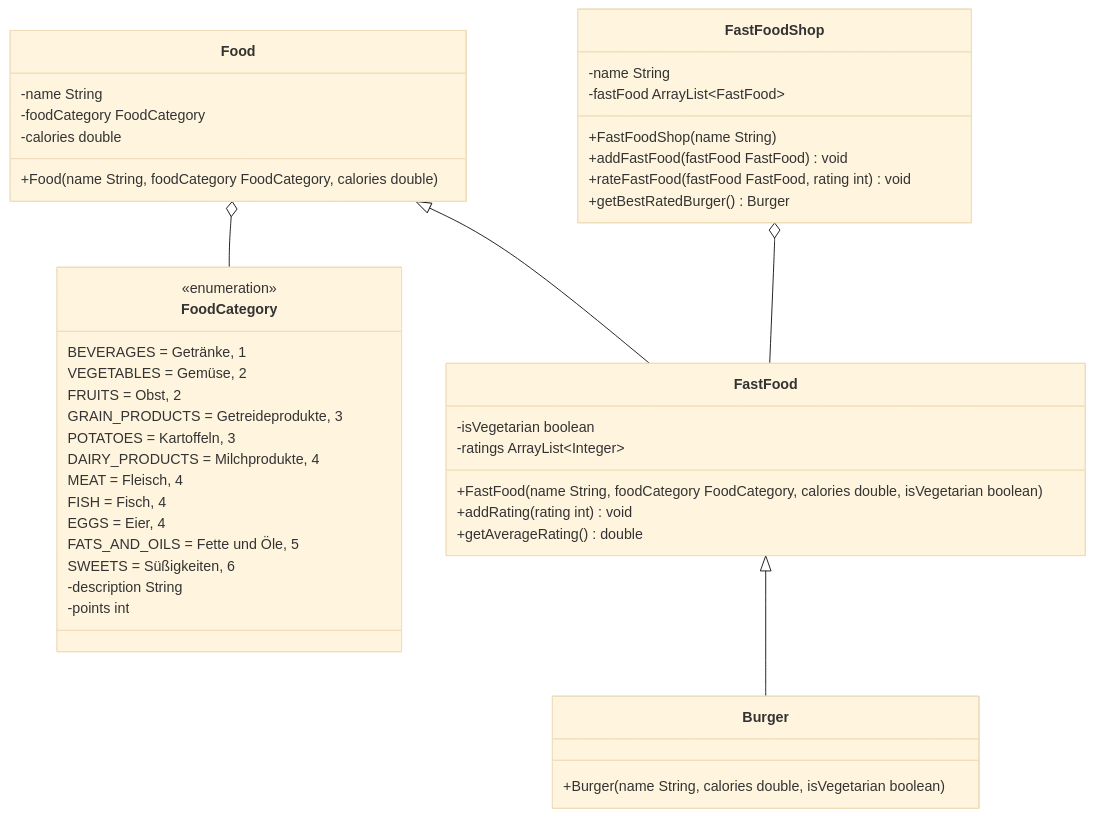
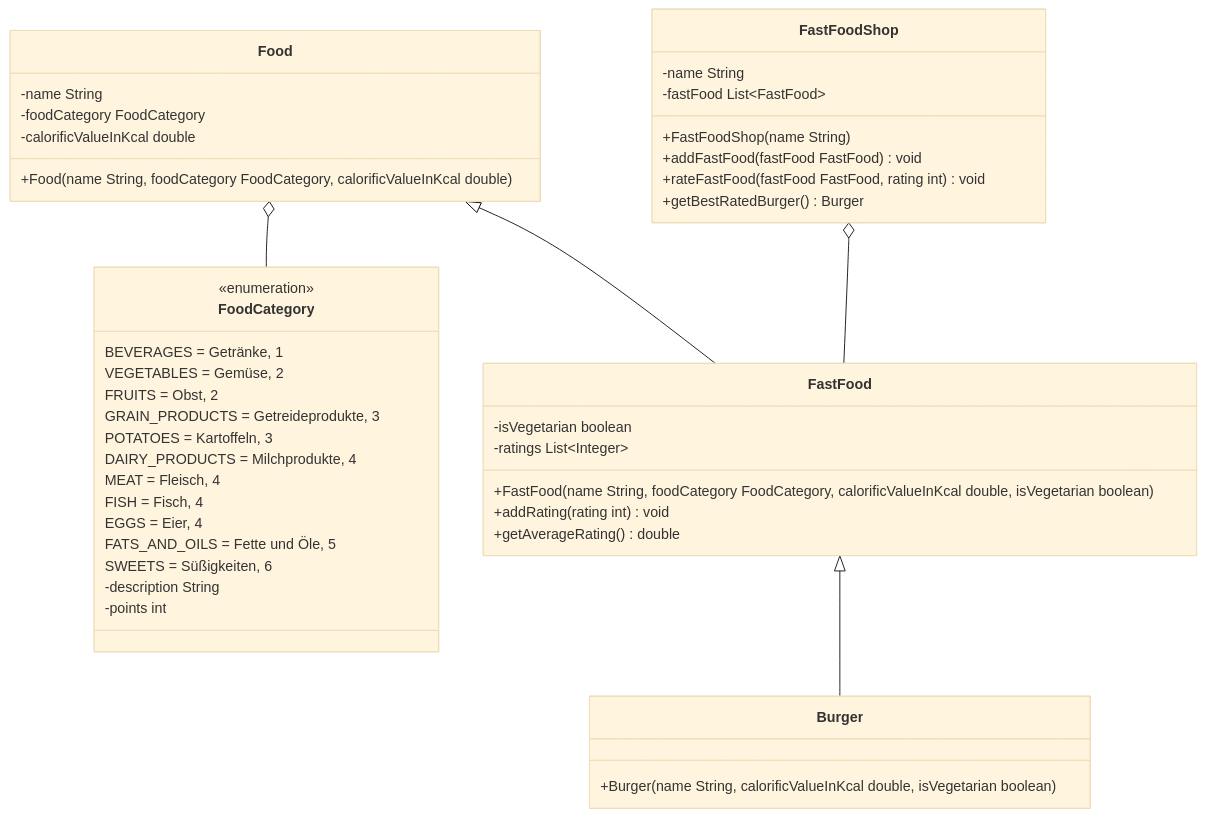
The diagram in docs/exam-exercises/exam-exercises-java1/fast-food.md (jappuccini/java-docs), drawn with Mermaid (base theme) before and after one commit.

````diff
--- a/docs/exam-exercises/exam-exercises-java1/fast-food.md
+++ b/docs/exam-exercises/exam-exercises-java1/fast-food.md
@@ -11,52 +11,52 @@
 ```mermaid
 classDiagram
     Food o-- FoodCategory
     Food <|-- FastFood
     FastFood <|-- Burger
     FastFoodShop o-- FastFood
 
     class FoodCategory {
         <<enumeration>>
         BEVERAGES = Getränke, 1
         VEGETABLES = Gemüse, 2
         FRUITS = Obst, 2
         GRAIN_PRODUCTS = Getreideprodukte, 3
         POTATOES = Kartoffeln, 3
         DAIRY_PRODUCTS = Milchprodukte, 4
         MEAT = Fleisch, 4
         FISH = Fisch, 4
         EGGS = Eier, 4
         FATS_AND_OILS = Fette und Öle, 5
         SWEETS = Süßigkeiten, 6
         -description String
         -points int
     }
 
     class Food {
         -name String
         -foodCategory FoodCategory
-        -calories double
-        +Food(name String, foodCategory FoodCategory, calories double)
+        -calorificValueInKcal double
+        +Food(name String, foodCategory FoodCategory, calorificValueInKcal double)
     }
 
     class FastFood {
         -isVegetarian boolean
-        -ratings ArrayList~Integer~
-        +FastFood(name String, foodCategory FoodCategory, calories double, isVegetarian boolean)
+        -ratings List~Integer~
+        +FastFood(name String, foodCategory FoodCategory, calorificValueInKcal double, isVegetarian boolean)
         +addRating(rating int) void
         +getAverageRating() double
     }
 
     class Burger {
-        +Burger(name String, calories double, isVegetarian boolean)
+        +Burger(name String, calorificValueInKcal double, isVegetarian boolean)
     }
 
     class FastFoodShop {
         -name String
-        -fastFood ArrayList~FastFood~
+        -fastFood List~FastFood~
         +FastFoodShop(name String)
         +addFastFood(fastFood FastFood) void
         +rateFastFood(fastFood FastFood, rating int) void
         +getBestRatedBurger() Burger
     }
 ```
````
